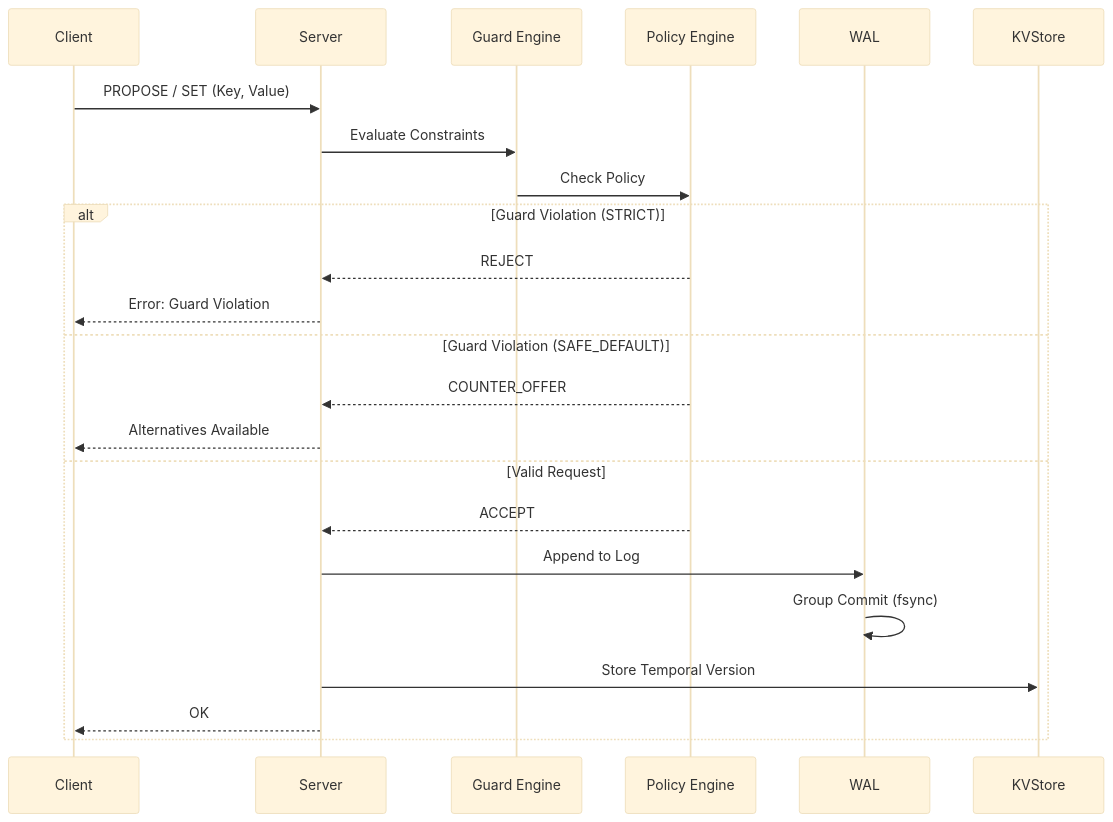
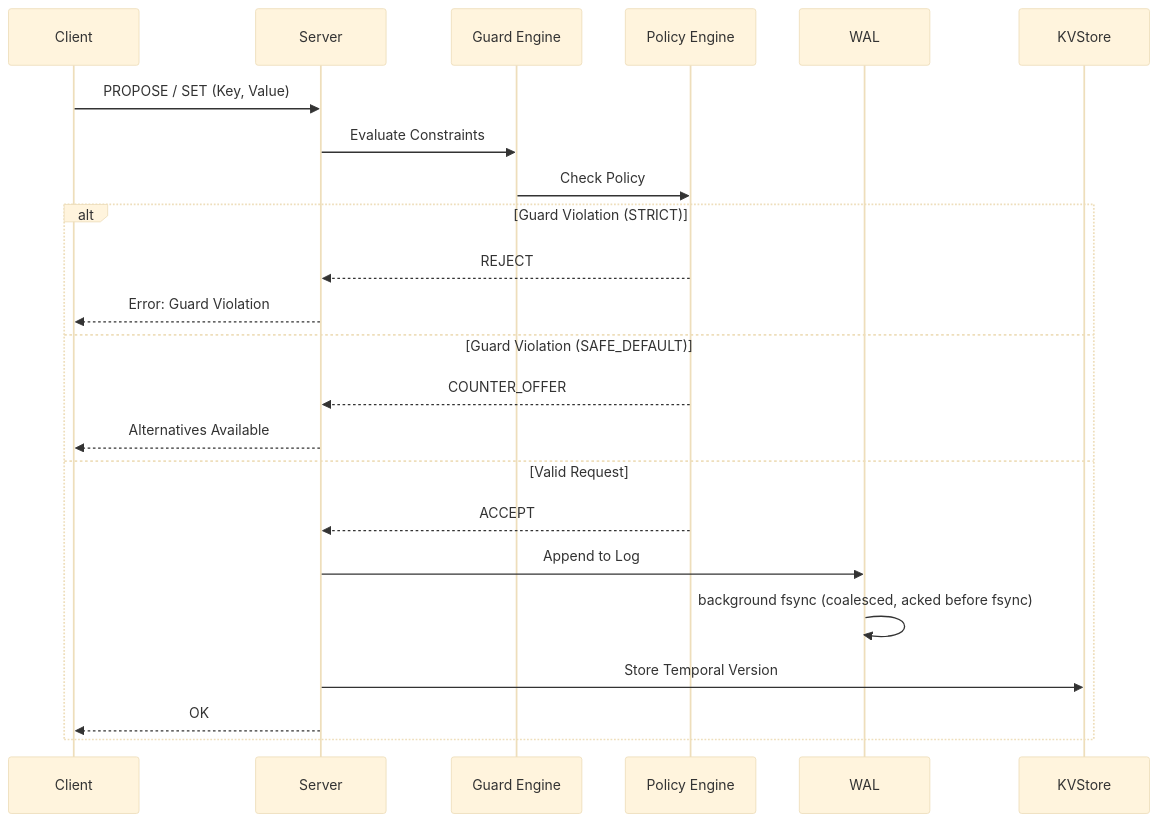
One commit to Brijesh-Thakkar/SentinelDB changed the second of 2 diagrams in README.md. Above: the diagram before and after it, drawn with Mermaid (base theme). The commit also changed other lines of this file, not shown here.

````diff
--- a/README.md
+++ b/README.md
@@ -214,27 +217,27 @@
 ```mermaid
 sequenceDiagram
     participant C as Client
     participant S as Server
     participant G as Guard Engine
     participant P as Policy Engine
     participant W as WAL
     participant K as KVStore
 
     C->>S: PROPOSE / SET (Key, Value)
     S->>G: Evaluate Constraints
     G->>P: Check Policy
     
     alt Guard Violation (STRICT)
         P-->>S: REJECT
         S-->>C: Error: Guard Violation
     else Guard Violation (SAFE_DEFAULT)
         P-->>S: COUNTER_OFFER
         S-->>C: Alternatives Available
     else Valid Request
         P-->>S: ACCEPT
         S->>W: Append to Log
-        W->>W: Group Commit (fsync)
+        W->>W: background fsync (coalesced, acked before fsync)
         S->>K: Store Temporal Version
         S-->>C: OK
     end
 ```
````
